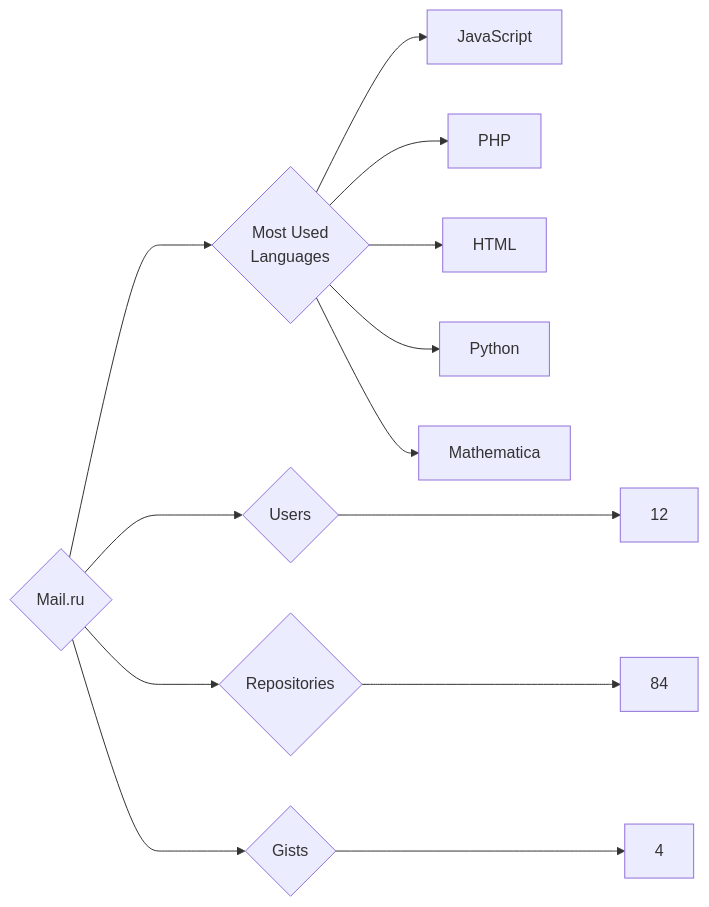
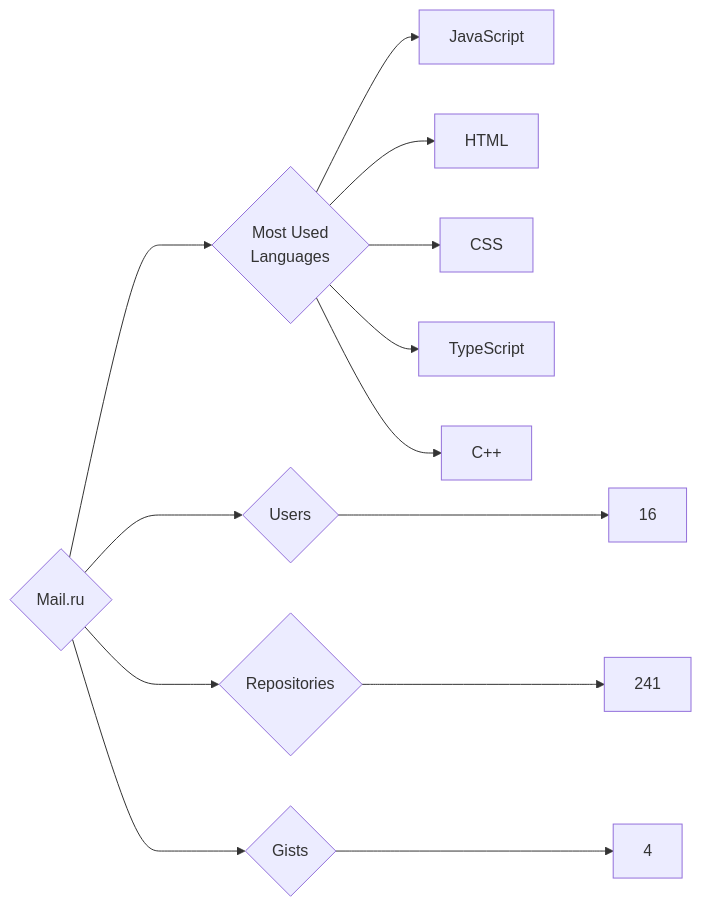
One commit to trickest/insiders changed the diagram in targets/Mail.ru/README.md. Above: the diagram before and after it, drawn with Mermaid. The commit also changed 895 other files, not shown here.

````diff
--- a/targets/Mail.ru/README.md
+++ b/targets/Mail.ru/README.md
@@ -3,13 +3,13 @@
 ```mermaid
 graph LR
 COMPANY_NAME{Mail.ru}
-COMPANY_NAME ---> U{Users} ---> UN[12]
-COMPANY_NAME ---> R{Repositories} ---> RN[84]
+COMPANY_NAME ---> U{Users} ---> UN[16]
+COMPANY_NAME ---> R{Repositories} ---> RN[241]
 COMPANY_NAME ---> G{Gists} ---> GN[4]
 COMPANY_NAME ---> ML{Most Used<br>Languages}
 ML --> JavaScript[JavaScript]
-ML --> PHP[PHP]
 ML --> HTML[HTML]
-ML --> Python[Python]
-ML --> Mathematica[Mathematica]
+ML --> CSS[CSS]
+ML --> TypeScript[TypeScript]
+ML --> C++[C++]
 ```
````
